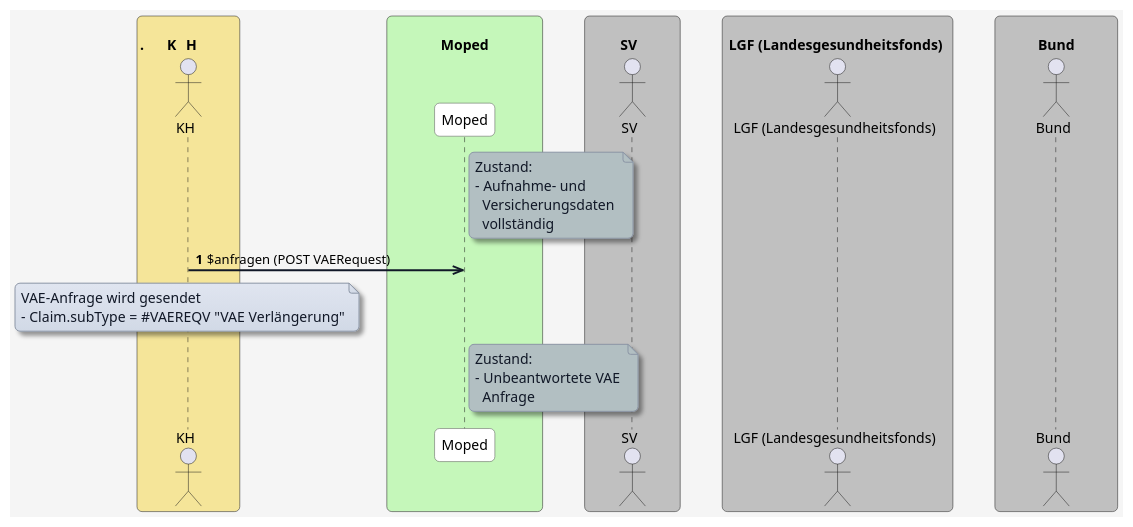
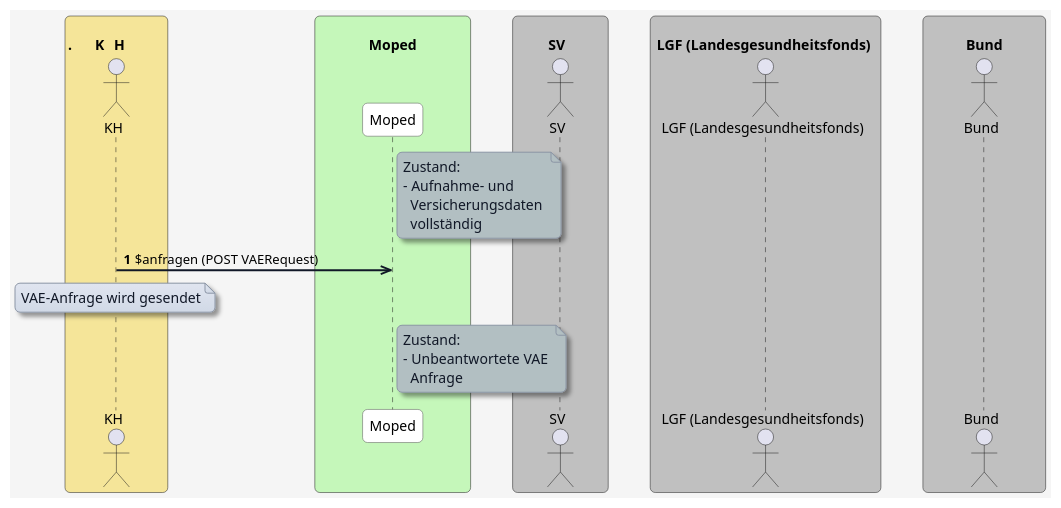
One commit to HL7Austria/ELGA-MOPED-R5 changed the diagram in input/images-source/anfragen.plantuml. Above: the diagram before and after it, drawn with PlantUML.

Commit message:
#763 remove copy paste fehler

```diff
--- a/input/images-source/anfragen.plantuml
+++ b/input/images-source/anfragen.plantuml
@@ -1,83 +1,82 @@
 @startuml
 skinparam borderColor #000000
 skinparam backgroundColor #f5f5f5
 skinparam shadowing false
 skinparam roundCorner 10
 skinparam defaultFontName "Arial"
 skinparam defaultFontSize 14
 skinparam defaultFontColor #000000
 
 skinparam note {
   BackgroundColor #e0e5f0-#d1d9e6
   BorderColor #8b95a5
   BorderThickness 1
   RoundCorner 8
   Padding 6
   FontColor #111827
   Shadowing true
 }
 
 skinparam HyperlinkColor #0000EE
 skinparam HyperlinkUnderline false
 
 skinparam sequence {
   ParticipantBorderColor #555555
   ParticipantBackgroundColor #ffffff
   ParticipantFontColor #000000
   ParticipantFontSize 14
   ParticipantPadding 20
   ArrowColor #111827
   ArrowThickness 2
   ArrowFontColor #000000
   ArrowFontSize 13
   GroupBorderColor #111827
   GroupBackgroundColor #f3f4f6
   GroupBorderThickness 1
 }
 
 skinparam BoxPadding 20
 skinparam BoxBorderColor #555555
 
 
 box "\n.         KH           " #f5e599
   actor KH as "KH"
 end box
 
 box "\n              Moped              " #c5f7ba
   participant MP as "Moped"
 end box
 
 box "\n         SV           " #c0c0c0
   actor SV as "SV"
 end box
 
 box "\n LGF (Landesgesundheitsfonds)  " #c0c0c0
   actor LGF as "LGF (Landesgesundheitsfonds)"
 end box
 
 box "\n           Bund           " #c0c0c0
   actor Bund as "Bund"
 end box
 
 autonumber
 
 note right of MP #b2bfc2
 Zustand:
 - Aufnahme- und 
   Versicherungsdaten 
   vollständig
 end note
 
 KH ->> MP: $anfragen (POST VAERequest)
 note over KH
 VAE-Anfrage wird gesendet
-- Claim.subType = #VAEREQV "VAE Verlängerung"
 end note
 
 note right of MP #b2bfc2
 Zustand:
 - Unbeantwortete VAE 
   Anfrage
 end note
 
 @enduml
```
